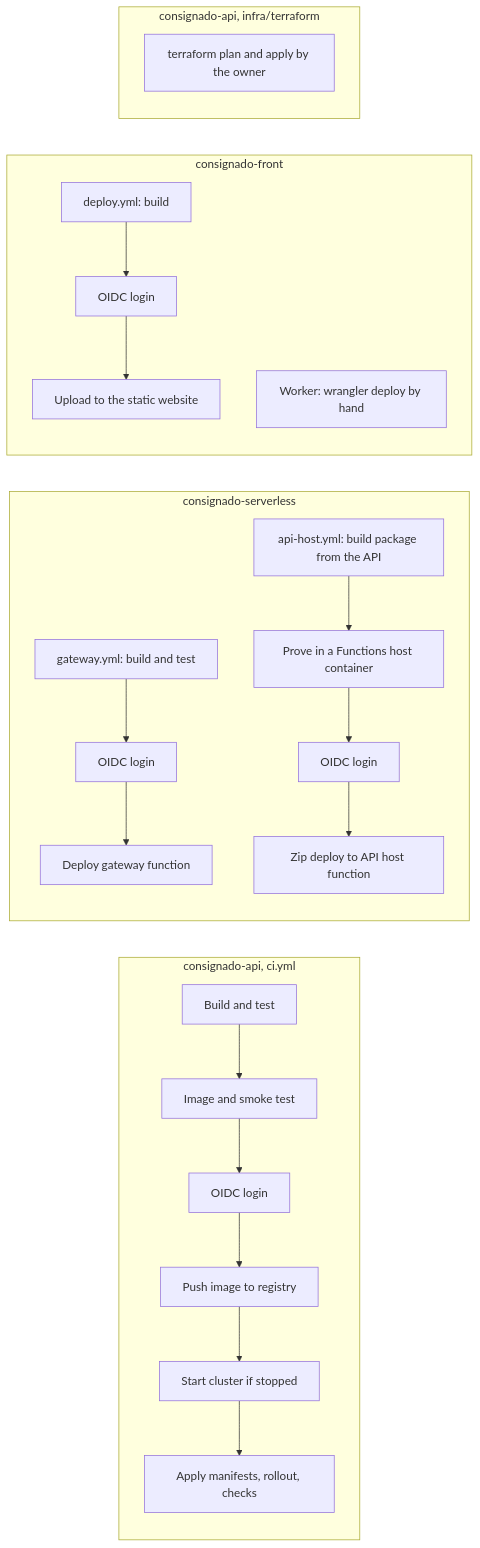
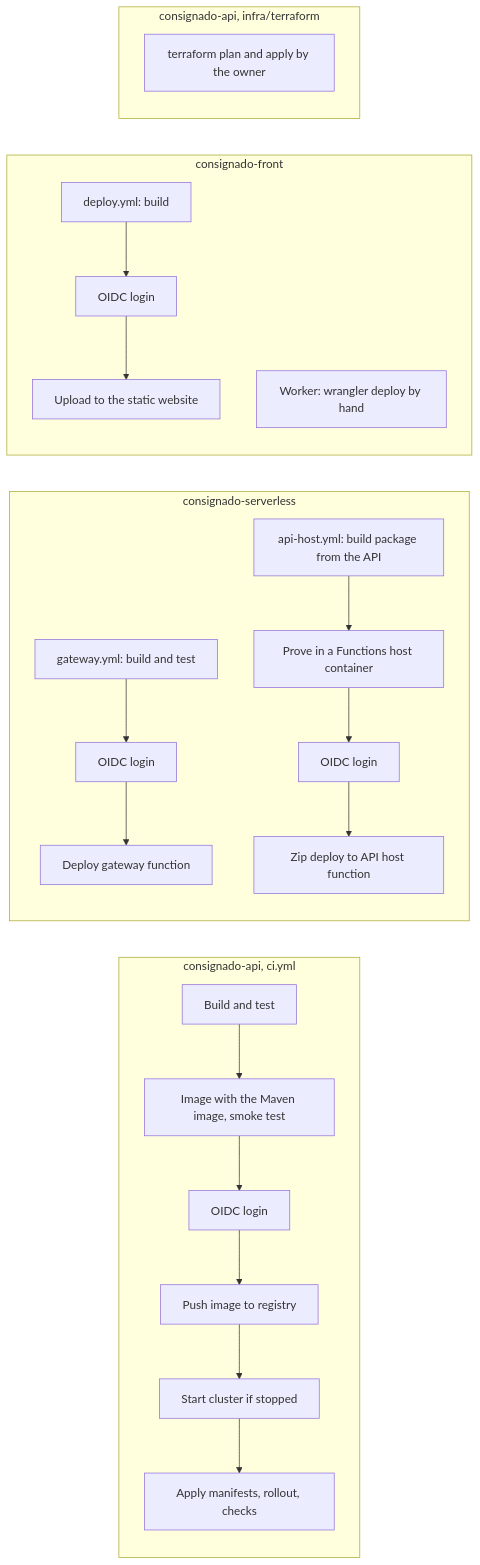
The seventh of 7 diagrams in docs/platform/architecture.md (kmadsdev/consignado-api), drawn with Mermaid before and after one commit. The commit also changed other lines of this file and 1 other file, not shown here.

Commit message:
docs(architecture): Cloudflare zone rules, live times, node read from pods, engine states

````diff
--- a/docs/platform/architecture.md
+++ b/docs/platform/architecture.md
@@ -274,20 +296,20 @@
 ```mermaid
 flowchart LR
   subgraph api["consignado-api, ci.yml"]
-    a1["Build and test"] --> a2["Image and smoke test"] --> a3["OIDC login"] --> a4["Push image to registry"] --> a5["Start cluster if stopped"] --> a6["Apply manifests, rollout, checks"]
+    a1["Build and test"] --> a2["Image with the Maven image, smoke test"] --> a3["OIDC login"] --> a4["Push image to registry"] --> a5["Start cluster if stopped"] --> a6["Apply manifests, rollout, checks"]
   end
 
   subgraph srv["consignado-serverless"]
     g1["gateway.yml: build and test"] --> g2["OIDC login"] --> g3["Deploy gateway function"]
     h1["api-host.yml: build package from the API"] --> h2["Prove in a Functions host container"] --> h3["OIDC login"] --> h4["Zip deploy to API host function"]
   end
 
   subgraph front["consignado-front"]
     f1["deploy.yml: build"] --> f2["OIDC login"] --> f3["Upload to the static website"]
     w1["Worker: wrangler deploy by hand"]
   end
 
   subgraph infra["consignado-api, infra/terraform"]
     t1["terraform plan and apply by the owner"]
   end
 ```
````
